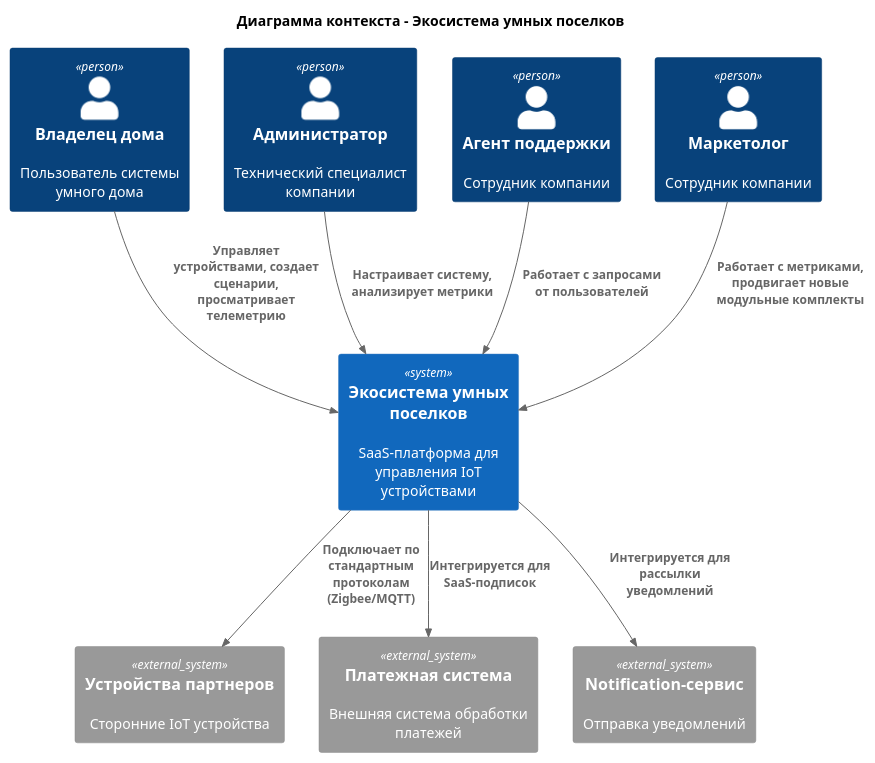
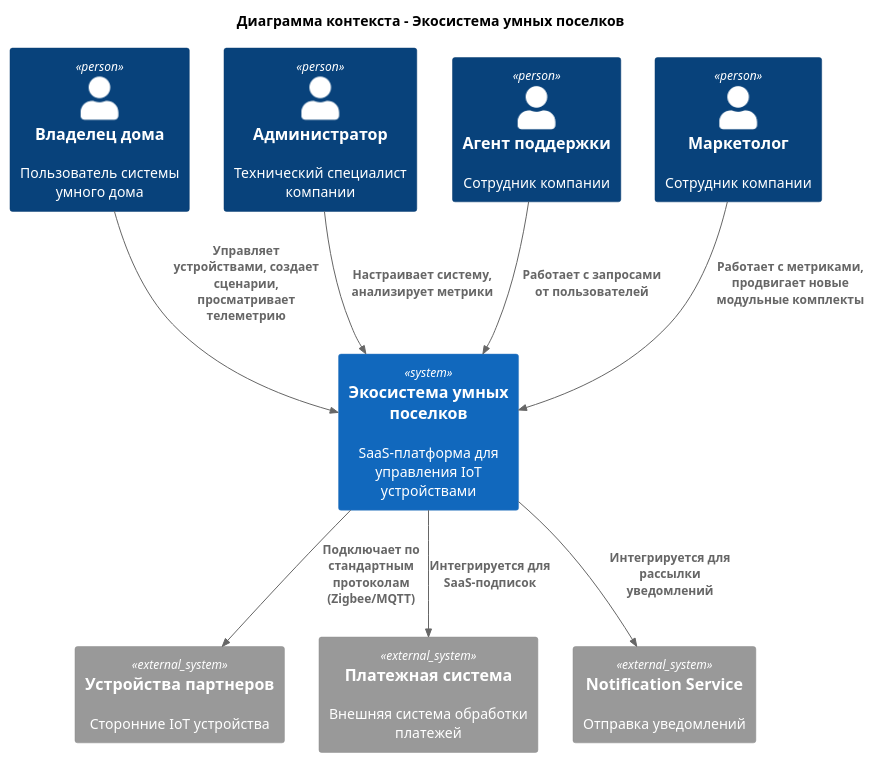
The diagram in docs/architecture/context/context.puml (Maxssobolev/ypr-sprint1), drawn with PlantUML before and after one commit. The commit also changed 8 other files, not shown here.

```diff
--- a/docs/architecture/context/context.puml
+++ b/docs/architecture/context/context.puml
@@ -1,24 +1,24 @@
 @startuml ContextDiagram
 !include https://raw.githubusercontent.com/plantuml-stdlib/C4-PlantUML/master/C4_Context.puml
 
 title Диаграмма контекста - Экосистема умных поселков
 
 Person(owner, "Владелец дома", "Пользователь системы умного дома")
 Person(admin, "Администратор", "Технический специалист компании")
 Person(support_agent, "Агент поддержки", "Сотрудник компании")
 Person(market_agent, "Маркетолог", "Сотрудник компании")
 System(ecosystem, "Экосистема умных поселков", "SaaS-платформа для управления IoT устройствами")
 
 System_Ext(partner_devices, "Устройства партнеров", "Сторонние IoT устройства")
 System_Ext(payment, "Платежная система", "Внешняя система обработки платежей")
-System_Ext(email, "Notification-сервис", "Отправка уведомлений")
+System_Ext(email, "Notification Service", "Отправка уведомлений")
 
 Rel(owner, ecosystem, "Управляет устройствами, создает сценарии, просматривает телеметрию")
 Rel(admin, ecosystem, "Настраивает систему, анализирует метрики")
 Rel(support_agent, ecosystem, "Работает с запросами от пользователей")
 Rel(market_agent, ecosystem, "Работает с метриками, продвигает новые модульные комплекты")
 Rel(ecosystem, partner_devices, "Подключает по стандартным протоколам (Zigbee/MQTT)")
 Rel(ecosystem, payment, "Интегрируется для SaaS-подписок")
 Rel(ecosystem, email, "Интегрируется для рассылки уведомлений")
 
 @enduml
```
